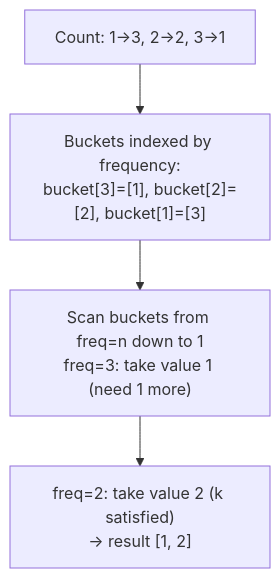
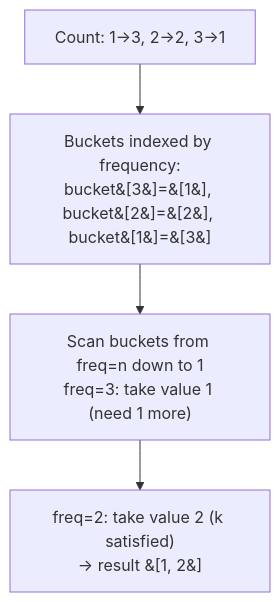
The diagram in topics/01-arrays-hashing/05-top-k-frequent-elements/README.md (Aryan-Jadon18/dsa-placement-prep), drawn with Mermaid before and after one commit. The commit also changed 52 other files, not shown here.

First line of the commit message:
Fix Mermaid diagrams not rendering on GitHub

````diff
--- a/topics/01-arrays-hashing/05-top-k-frequent-elements/README.md
+++ b/topics/01-arrays-hashing/05-top-k-frequent-elements/README.md
@@ -42,6 +42,6 @@
 ```mermaid
 flowchart TD
-    A["Count: 1→3, 2→2, 3→1"] --> B["Buckets indexed by frequency:<br/>bucket[3]=[1], bucket[2]=[2], bucket[1]=[3]"]
+    A["Count: 1→3, 2→2, 3→1"] --> B["Buckets indexed by frequency:<br/>bucket&#91;3&#93;=&#91;1&#93;, bucket&#91;2&#93;=&#91;2&#93;, bucket&#91;1&#93;=&#91;3&#93;"]
     B --> C["Scan buckets from freq=n down to 1<br/>freq=3: take value 1 (need 1 more)"]
-    C --> D["freq=2: take value 2 (k satisfied)<br/>→ result [1, 2]"]
+    C --> D["freq=2: take value 2 (k satisfied)<br/>→ result &#91;1, 2&#93;"]
 ```
````
